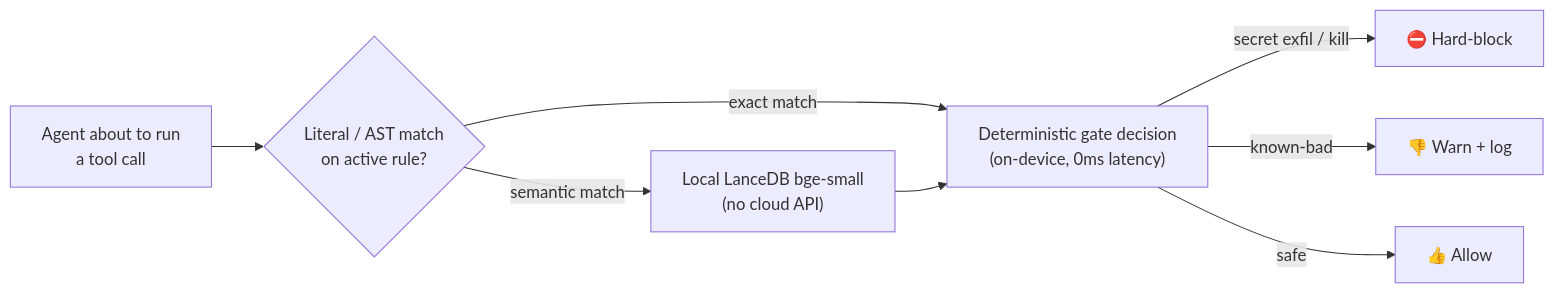
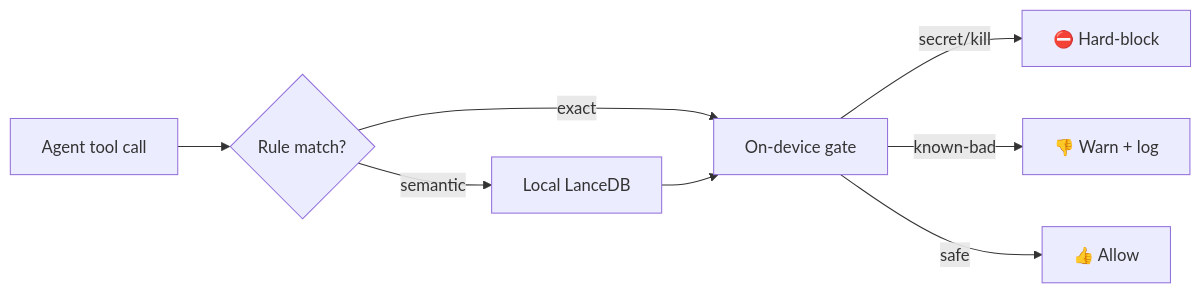
One commit to IgorGanapolsky/ThumbGate changed the diagram in README.md. Above: the diagram before and after it, drawn with Mermaid. The commit also changed other lines of this file, not shown here.

````diff
--- a/README.md
+++ b/README.md
@@ -234,10 +157,10 @@
 ```mermaid
 flowchart LR
-    A["Agent about to run<br/>a tool call"] --> B{"Literal / AST match<br/>on active rule?"}
-    B -- "exact match" --> D["Deterministic gate decision<br/>(on-device, 0ms latency)"]
-    B -- "semantic match" --> C["Local LanceDB bge-small<br/>(no cloud API)"]
+    A["Agent tool call"] --> B{"Rule match?"}
+    B -- exact --> D["On-device gate"]
+    B -- semantic --> C["Local LanceDB"]
     C --> D
-    D -- "secret exfil / kill" --> E["⛔ Hard-block"]
-    D -- "known-bad" --> G["👎 Warn + log"]
-    D -- "safe" --> F["👍 Allow"]
+    D -- secret/kill --> E["⛔ Hard-block"]
+    D -- known-bad --> G["👎 Warn + log"]
+    D -- safe --> F["👍 Allow"]
 ```
````
